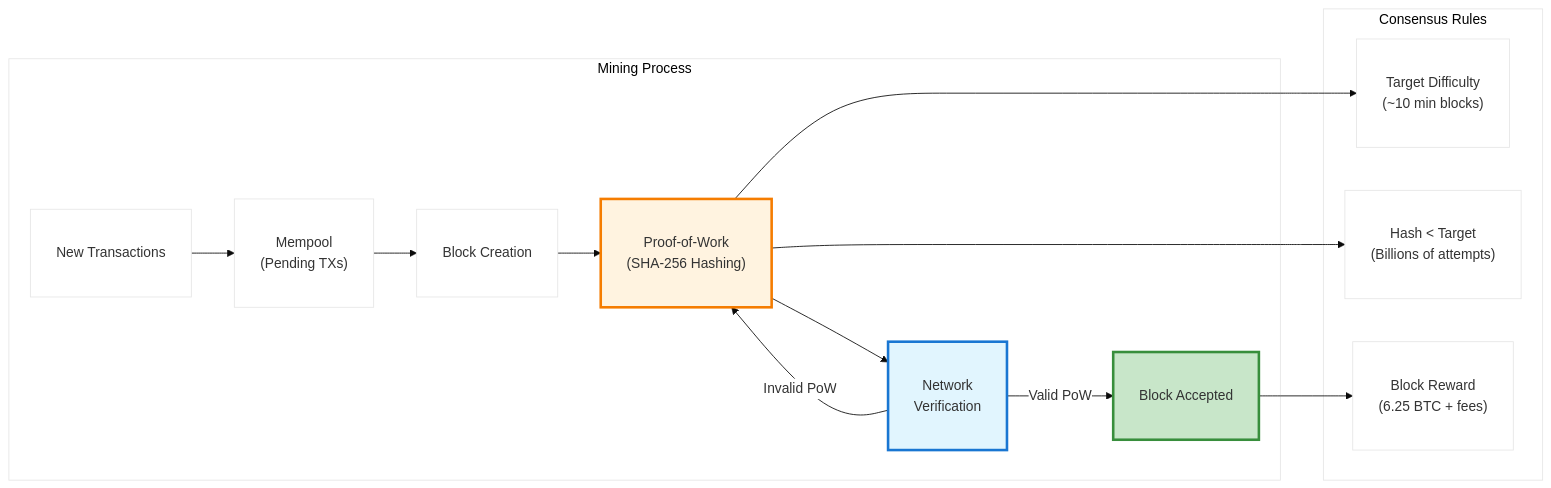
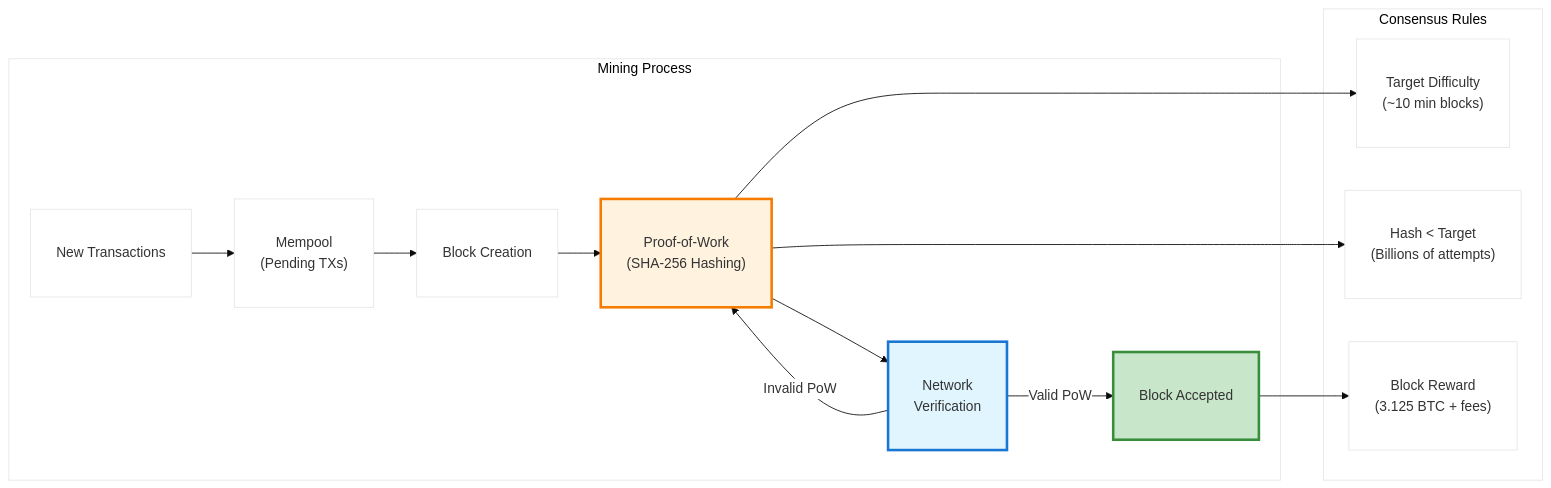
Before and after one commit to shapkarin/shapkarin.me: the fourth of 24 diagrams in public/api/articles/byzantine-fault-tolerance.md, drawn with Mermaid. The commit also changed other lines of this file, not shown here.

````diff
--- a/public/api/articles/byzantine-fault-tolerance.md
+++ b/public/api/articles/byzantine-fault-tolerance.md
@@ -301,33 +301,33 @@
 ```mermaid
 %%{init: {'theme':'base', 'themeVariables': {'primaryColor':'#ffffff', 'fontSize':'16px'}}}%%
 flowchart LR
     subgraph "Mining Process"
         TX["<br/>New Transactions<br/><br/>"]
         MEM["<br/>Mempool<br/>(Pending TXs)<br/><br/>"]
         BLK["<br/>Block Creation<br/><br/>"]
         POW["<br/>Proof-of-Work<br/>(SHA-256 Hashing)<br/><br/>"]
         VER["<br/>Network<br/>Verification<br/><br/>"]
         ACC["<br/>Block Accepted<br/><br/>"]
     end
     
     TX --> MEM
     MEM --> BLK
     BLK --> POW
     POW --> VER
     VER -->|"Valid PoW"| ACC
     VER -->|"Invalid PoW"| POW
     
     subgraph "Consensus Rules"
         DIFF["<br/>Target Difficulty<br/>(~10 min blocks)<br/><br/>"]
         HASH["<br/>Hash < Target<br/>(Billions of attempts)<br/><br/>"]
-        REW["<br/>Block Reward<br/>(6.25 BTC + fees)<br/><br/>"]
+        REW["<br/>Block Reward<br/>(3.125 BTC + fees)<br/><br/>"]
     end
     
     POW --> DIFF
     POW --> HASH
     ACC --> REW
     
     style POW fill:#fff3e0,stroke:#f57c00,stroke-width:3px
     style VER fill:#e1f5fe,stroke:#1976d2,stroke-width:3px
     style ACC fill:#c8e6c9,stroke:#388e3c,stroke-width:3px
 ```
````
